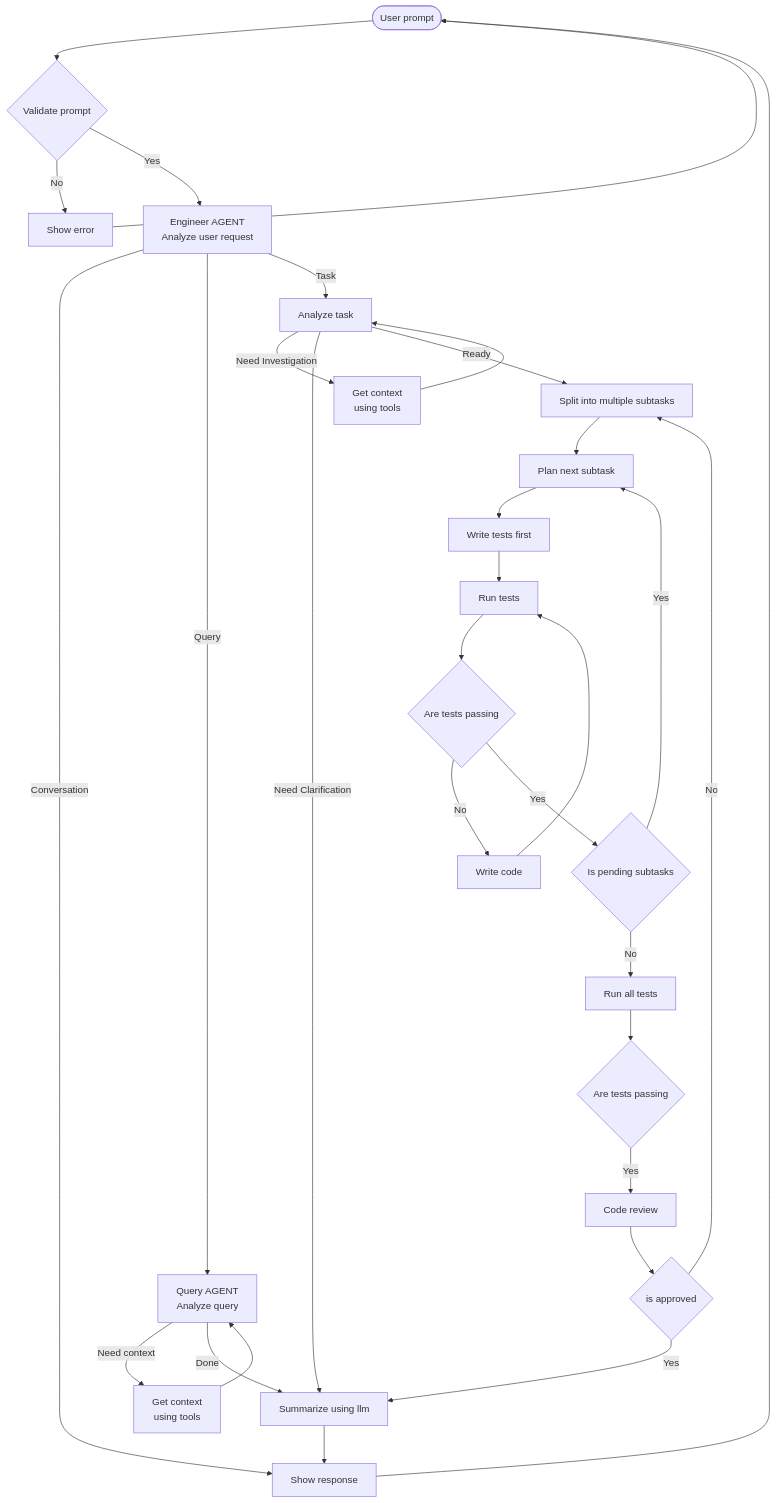
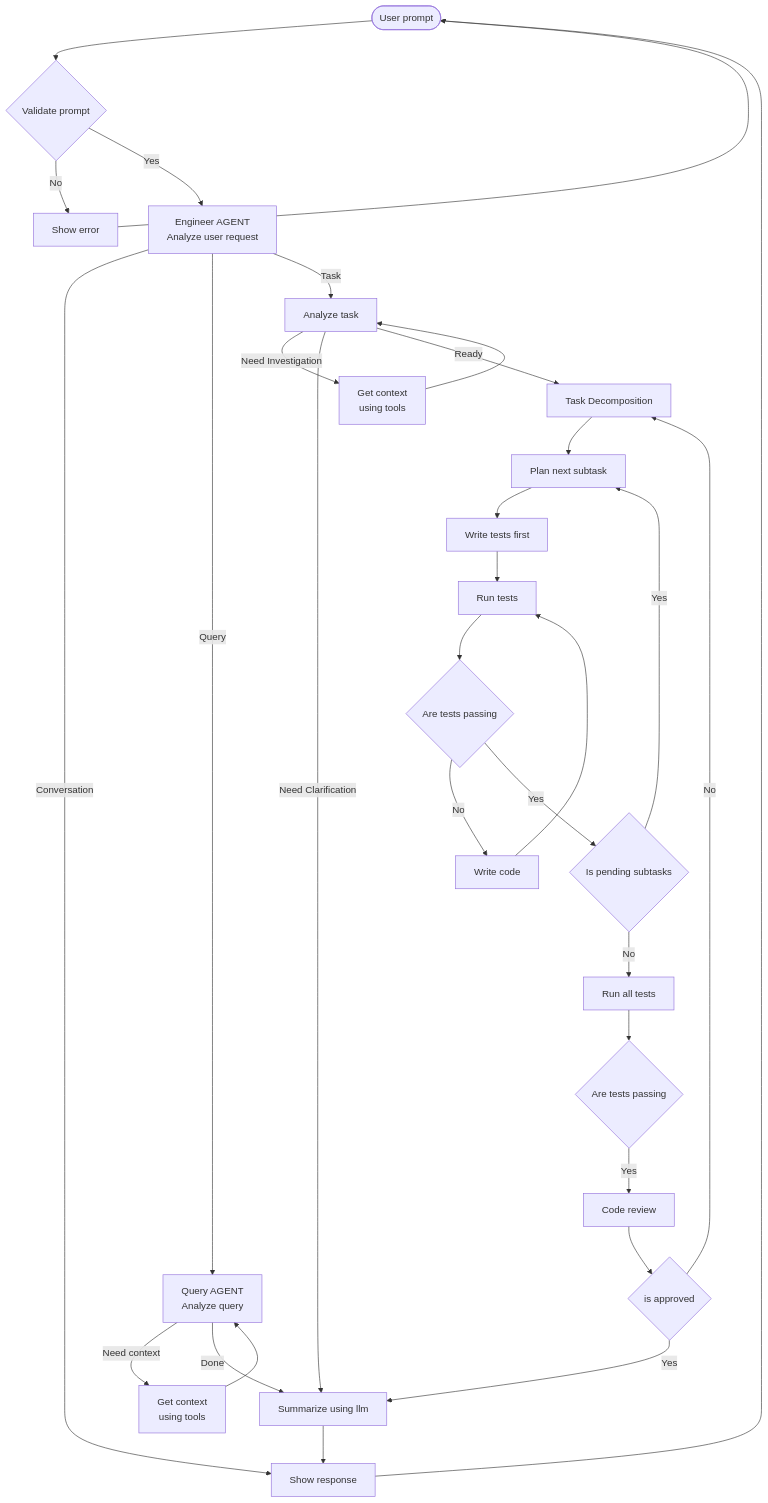
The diagram in FLOWCHART.md (shiviraj/agentic-ai), drawn with Mermaid before and after one commit. The commit also changed 12 other files, not shown here.

Commit message:
Add Task decomposition

````diff
--- a/FLOWCHART.md
+++ b/FLOWCHART.md
@@ -3,33 +3,33 @@
 ```mermaid
 flowchart TD
     A([User prompt]) --> B{Validate prompt}
     B -- No --> C[Show error]
     C --> A
     B -- Yes --> D[Engineer AGENT<br/>Analyze user request]
     D -- Conversation --> I[Show response]
     I --> A
     D -- Query --> E[Query AGENT<br/> Analyze query]
     E -- Need context --> H[Get context<br/>using tools]
     H --> E
     E -- Done --> J[Summarize using llm]
     J --> I
     D -- Task --> V[Analyze task]
     V -- Need Investigation --> G[Get context<br/>using tools]
     G --> V
     V -- Need Clarification --> J
-    V -- Ready --> K[Split into multiple subtasks]
+    V -- Ready --> K[Task Decomposition]
     K --> L[Plan next subtask]
     L --> M[Write tests first]
     M --> N[Run tests]
     N --> O{Are tests passing}
     O -- No --> P[Write code]
     P --> N
     O -- Yes --> Q{Is pending subtasks}
     Q -- Yes --> L
     Q -- No --> R[Run all tests]
     R --> S{Are tests passing}
     S -- Yes --> T[Code review]
     T --> U{is approved}
     U -- Yes --> J
     U -- No --> K
 ```
````
